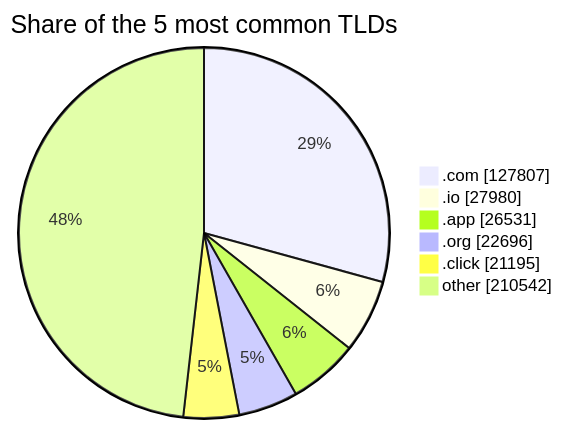
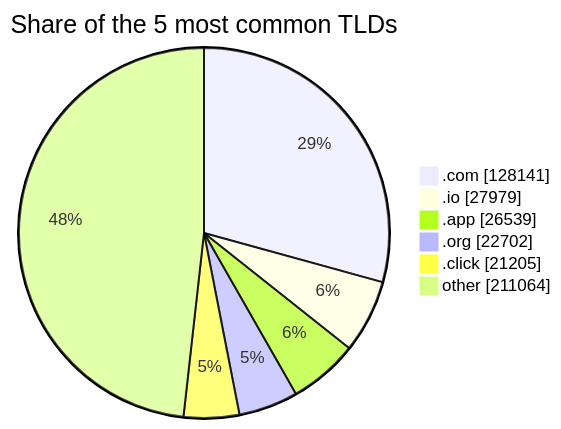
The third of 3 diagrams in README.md (DNSBunker/CTI), drawn with Mermaid before and after one commit. The commit also changed other lines of this file and 3 other files, not shown here.

````diff
--- a/README.md
+++ b/README.md
@@ -81,9 +81,9 @@
 ```mermaid
 pie showData title Share of the 5 most common TLDs
-    ".com" : 127807
-    ".io" : 27980
-    ".app" : 26531
-    ".org" : 22696
-    ".click" : 21195
-    "other" : 210542
+    ".com" : 128141
+    ".io" : 27979
+    ".app" : 26539
+    ".org" : 22702
+    ".click" : 21205
+    "other" : 211064
 ```
````
